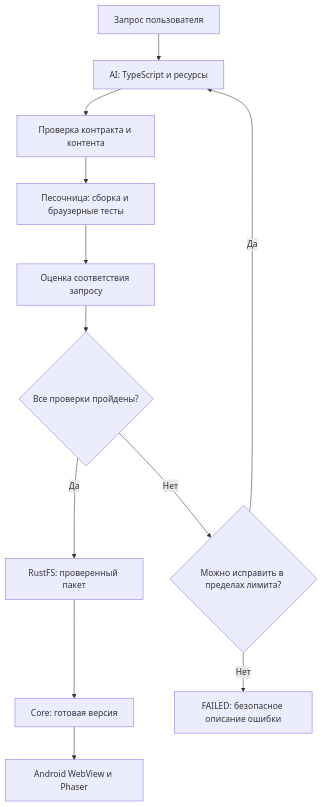
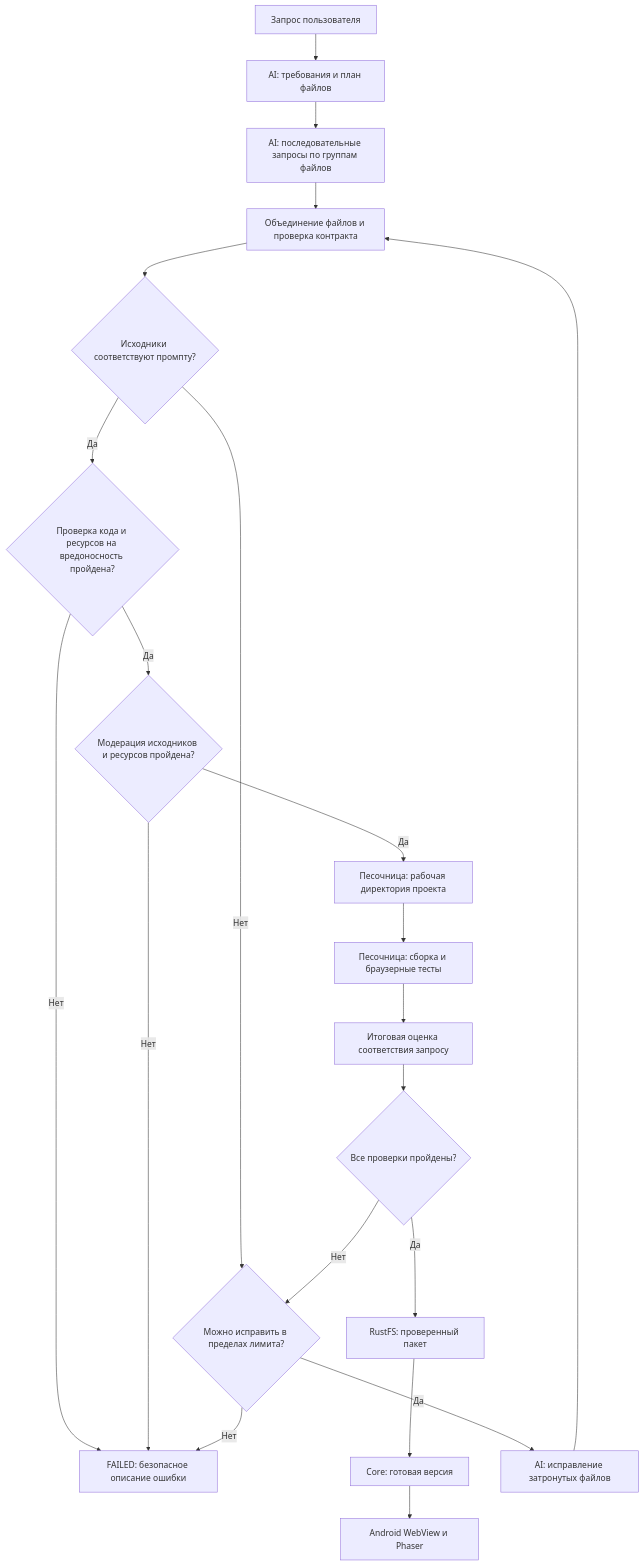
The diagram in docs/game-generation.md (aartmoon/PlayLy), drawn with Mermaid before and after one commit. The commit also changed other lines of this file and 3 other files, not shown here.

````diff
--- a/docs/game-generation.md
+++ b/docs/game-generation.md
@@ -11,14 +11,23 @@
 ```mermaid
 flowchart TD
-    prompt["Запрос пользователя"] --> generate["AI: TypeScript и ресурсы"]
-    generate --> validate["Проверка контракта и контента"]
-    validate --> sandbox["Песочница: сборка и браузерные тесты"]
-    sandbox --> judge["Оценка соответствия запросу"]
+    prompt["Запрос пользователя"] --> plan["AI: требования и план файлов"]
+    plan --> generate["AI: последовательные запросы по группам файлов"]
+    generate --> validate["Объединение файлов и проверка контракта"]
+    validate --> sourceMatch{"Исходники соответствуют промпту?"}
+    sourceMatch -->|Да| security{"Проверка кода и ресурсов на вредоносность пройдена?"}
+    sourceMatch -->|Нет| retry
+    security -->|Да| moderate{"Модерация исходников и ресурсов пройдена?"}
+    security -->|Нет| failed
+    moderate -->|Да| workspace["Песочница: рабочая директория проекта"]
+    moderate -->|Нет| failed
+    workspace --> sandbox["Песочница: сборка и браузерные тесты"]
+    sandbox --> judge["Итоговая оценка соответствия запросу"]
     judge --> gate{"Все проверки пройдены?"}
     gate -->|Да| storage["RustFS: проверенный пакет"]
     storage --> core["Core: готовая версия"]
     core --> player["Android WebView и Phaser"]
     gate -->|Нет| retry{"Можно исправить в пределах лимита?"}
-    retry -->|Да| generate
+    retry -->|Да| repair["AI: исправление затронутых файлов"]
+    repair --> validate
     retry -->|Нет| failed["FAILED: безопасное описание ошибки"]
 ```
````
